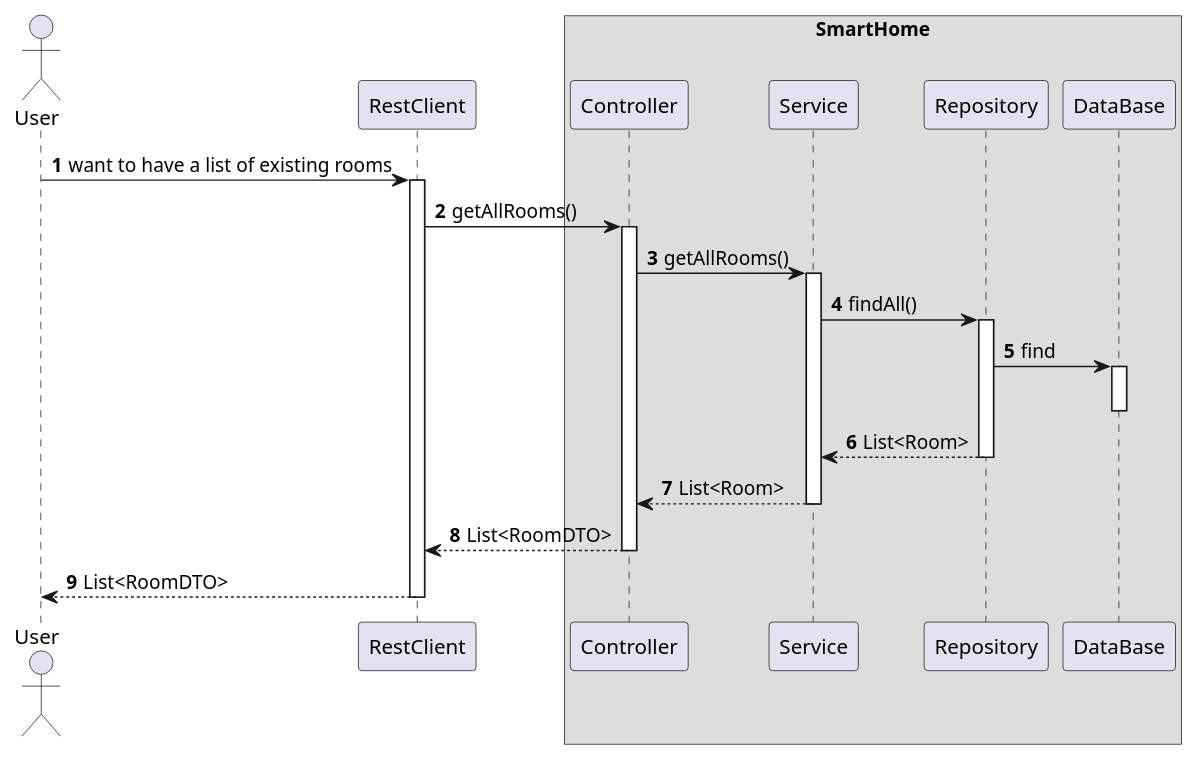
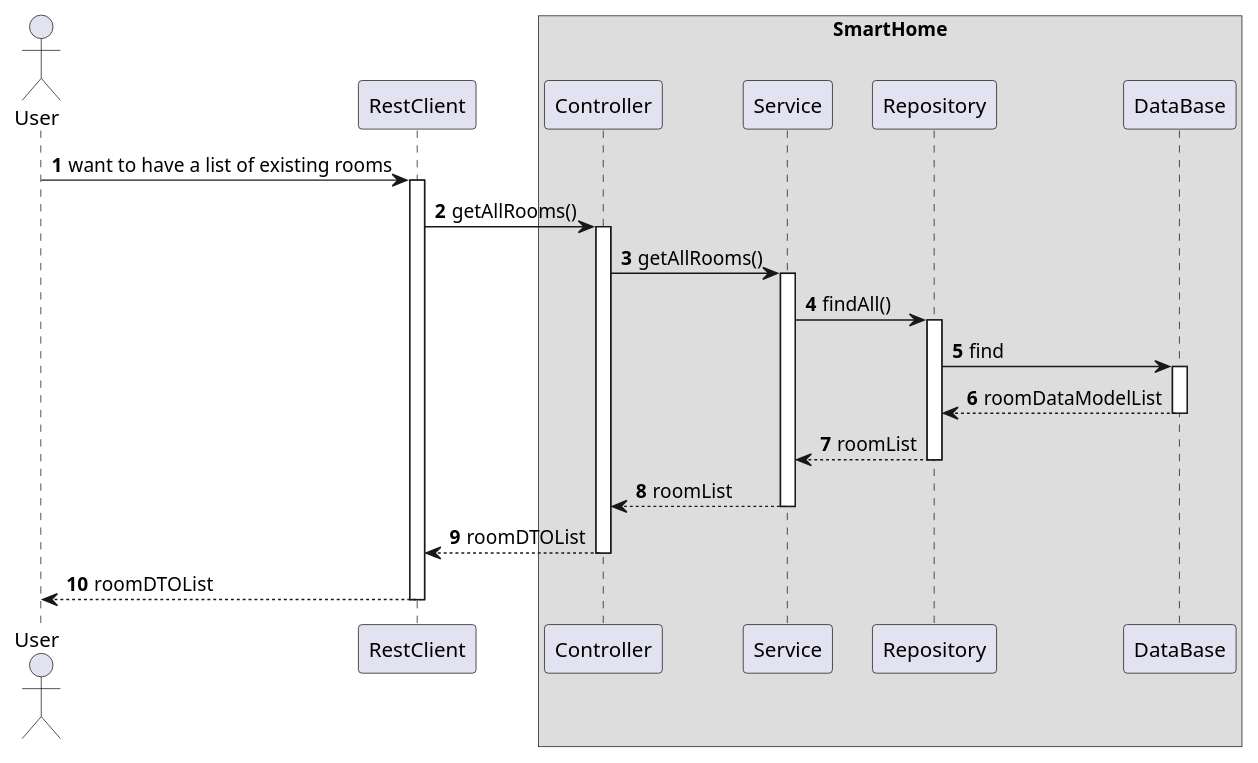
Before and after one commit to olivDiogo/SmartHome: the diagram in docs/ooa/C4_4plus1_models_v2/Level3/ProcessView/ProcessViewLevel3_UC03.puml, drawn with PlantUML. The commit also changed 7 other files, not shown here.

Commit message:
fix: fixed ProcessViewLevel3 diagrams #468

```diff
--- a/docs/ooa/C4_4plus1_models_v2/Level3/ProcessView/ProcessViewLevel3_UC03.puml
+++ b/docs/ooa/C4_4plus1_models_v2/Level3/ProcessView/ProcessViewLevel3_UC03.puml
@@ -1,46 +1,49 @@
 @startuml
 'https://plantuml.com/sequence-diagram
 !pragma layout smetana
 
 autonumber
 
 actor "User" as User
 participant "RestClient" as RC
 
 box "SmartHome"
     participant "Controller" as CTRL
     participant "Service" as SV
     participant "Repository" as REPO
     participant "DataBase" as BD
 end box
 
 User -> RC : want to have a list of existing rooms
 activate RC
 
 RC -> CTRL : getAllRooms()
 activate CTRL
 
 
 CTRL -> SV : getAllRooms()
 activate SV
 
 SV -> REPO : findAll()
 activate REPO
+
 REPO -> BD : find
 activate BD
+
+BD --> REPO : roomDataModelList
 deactivate BD
-REPO --> SV : List<Room>
+
+REPO --> SV : roomList
 deactivate REPO
 
-SV --> CTRL : List<Room>
+SV --> CTRL : roomList
 deactivate SV
 
-
-CTRL --> RC : List<RoomDTO>
+CTRL --> RC : roomDTOList
 deactivate CTRL
 
-RC --> User : List<RoomDTO>
+RC --> User : roomDTOList
 deactivate RC
 
 
 @enduml
```
